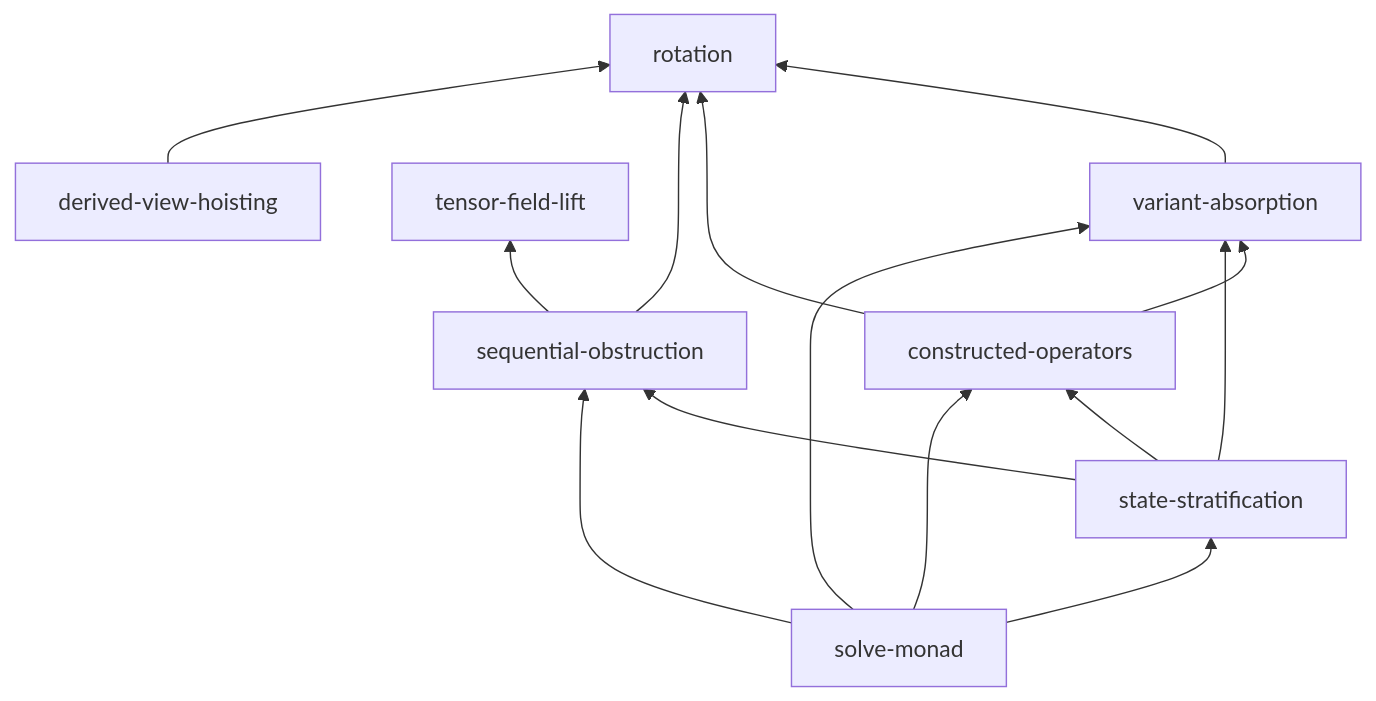
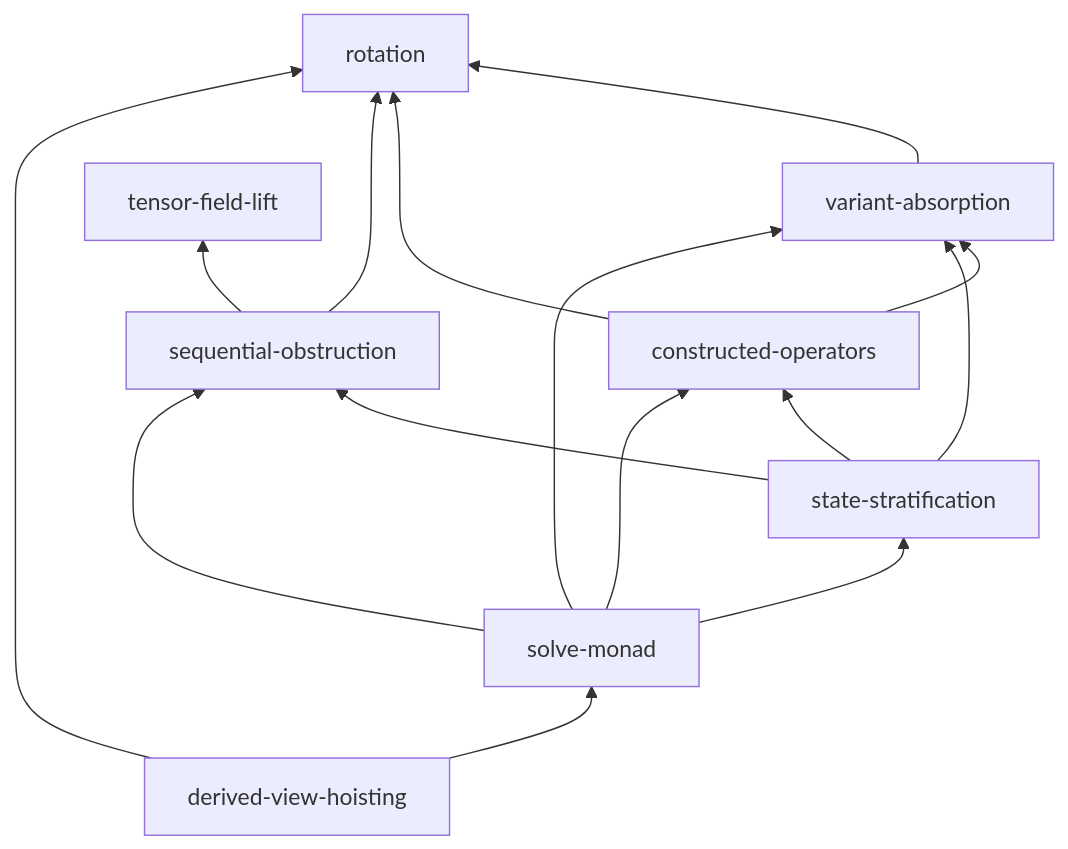
The first of 5 diagrams in book/src/concepts/dependency-map.md (crutcher/palace_whiteroom), drawn with Mermaid before and after one commit. The commit also changed 5 other files, not shown here.

````diff
--- a/book/src/concepts/dependency-map.md
+++ b/book/src/concepts/dependency-map.md
@@ -15,16 +15,17 @@
 ```mermaid
 graph BT
   variant-absorption --> rotation
   constructed-operators --> rotation
   constructed-operators --> variant-absorption
   sequential-obstruction --> rotation
   sequential-obstruction --> tensor-field-lift
   state-stratification --> variant-absorption
   state-stratification --> constructed-operators
   state-stratification --> sequential-obstruction
   solve-monad --> state-stratification
   solve-monad --> sequential-obstruction
   solve-monad --> constructed-operators
   solve-monad --> variant-absorption
   derived-view-hoisting --> rotation
+  derived-view-hoisting --> solve-monad
 ```
````
